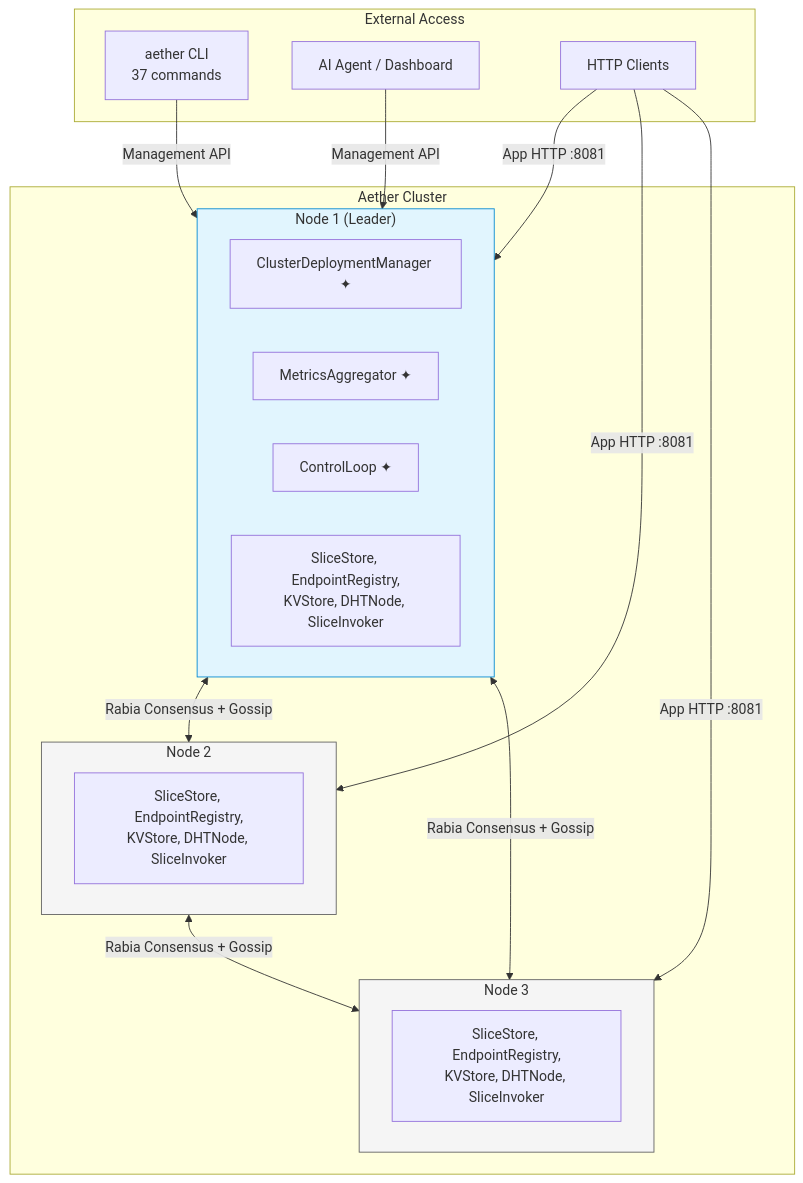
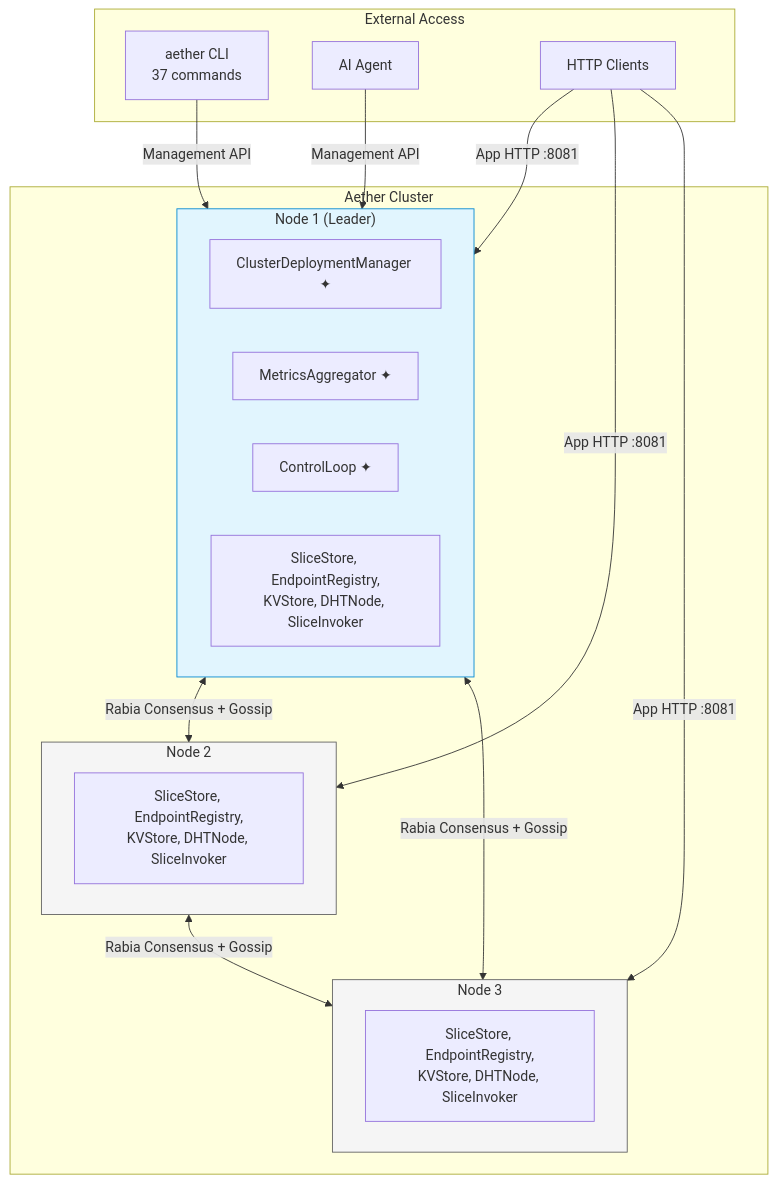
The first of 3 diagrams in aether/docs/architecture/00-overview.md (pragmaticalabs/pragmatica), drawn with Mermaid before and after one commit. The commit also changed other lines of this file and 141 other files, not shown here.

````diff
--- a/aether/docs/architecture/00-overview.md
+++ b/aether/docs/architecture/00-overview.md
@@ -15,39 +15,39 @@
 ```mermaid
 graph TB
     subgraph External["External Access"]
         CLI["aether CLI<br/>37 commands"]
-        Agent["AI Agent / Dashboard"]
+        Agent["AI Agent"]
         Client["HTTP Clients"]
     end
 
     subgraph Cluster["Aether Cluster"]
         subgraph N1["Node 1 (Leader)"]
             CDM1["ClusterDeploymentManager ✦"]
             MAG1["MetricsAggregator ✦"]
             CL1["ControlLoop ✦"]
             Common1["SliceStore, EndpointRegistry,<br/>KVStore, DHTNode, SliceInvoker"]
         end
 
         subgraph N2["Node 2"]
             Common2["SliceStore, EndpointRegistry,<br/>KVStore, DHTNode, SliceInvoker"]
         end
 
         subgraph N3["Node 3"]
             Common3["SliceStore, EndpointRegistry,<br/>KVStore, DHTNode, SliceInvoker"]
         end
     end
 
     CLI -->|Management API| N1
     Agent -->|Management API| N1
     Client -->|App HTTP :8081| N1
     Client -->|App HTTP :8081| N2
     Client -->|App HTTP :8081| N3
 
     N1 <-->|"Rabia Consensus + Gossip"| N2
     N2 <-->|"Rabia Consensus + Gossip"| N3
     N1 <-->|"Rabia Consensus + Gossip"| N3
 
     style N1 fill:#e1f5fe,stroke:#0288d1
     style N2 fill:#f5f5f5,stroke:#616161
     style N3 fill:#f5f5f5,stroke:#616161
 ```
````
